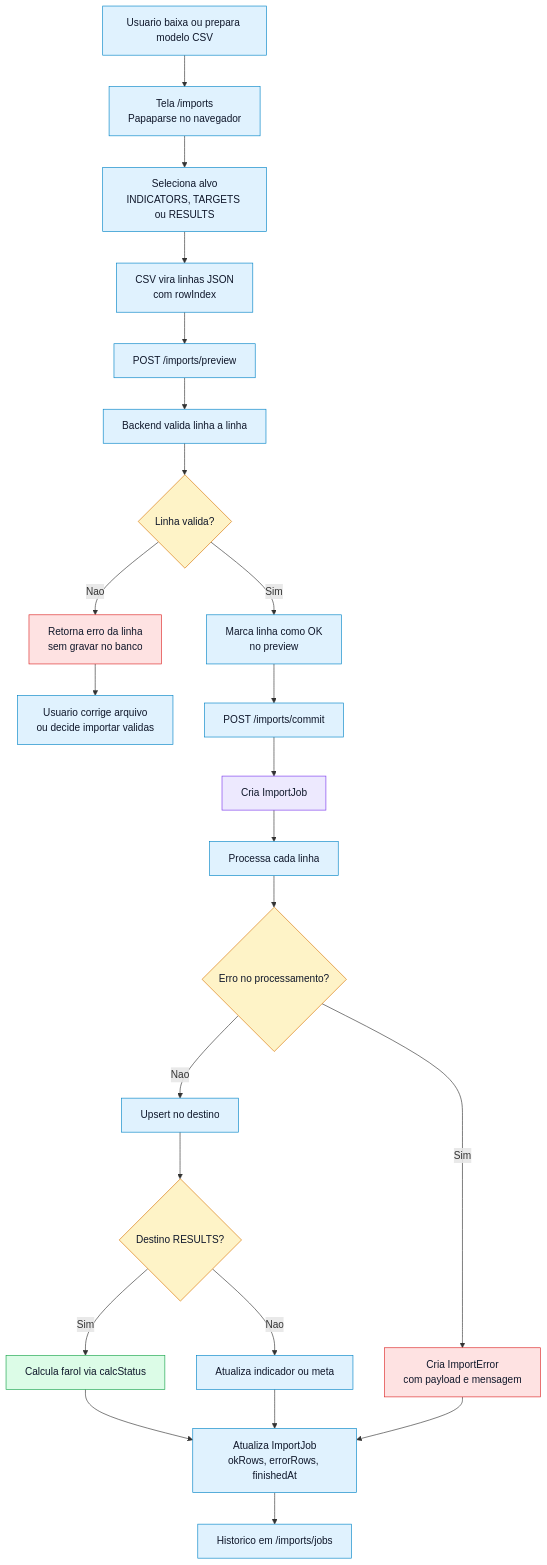
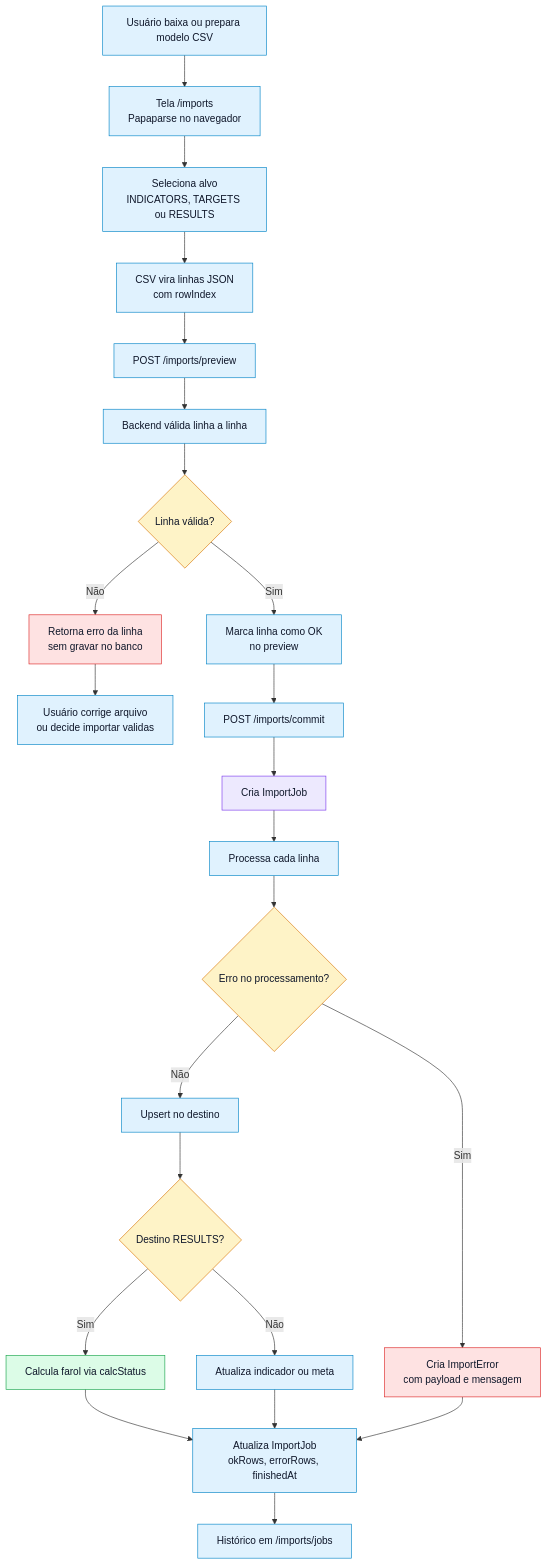
One commit to aldemirfidelis/gestao-360-indicadores changed the ninth of 12 diagrams in docs/fluxograma-completo.md. Above: the diagram before and after it, drawn with Mermaid. The commit also changed other lines of this file and 73 other files, not shown here.

````diff
--- a/docs/fluxograma-completo.md
+++ b/docs/fluxograma-completo.md
@@ -391,36 +391,36 @@
 ```mermaid
 flowchart TD
-  A["Usuario baixa ou prepara modelo CSV"] --> B["Tela /imports<br/>Papaparse no navegador"]
+  A["Usuário baixa ou prepara modelo CSV"] --> B["Tela /imports<br/>Papaparse no navegador"]
   B --> C["Seleciona alvo<br/>INDICATORS, TARGETS ou RESULTS"]
   C --> D["CSV vira linhas JSON<br/>com rowIndex"]
   D --> E["POST /imports/preview"]
-  E --> F["Backend valida linha a linha"]
-  F --> G{"Linha valida?"}
-  G -- "Nao" --> H["Retorna erro da linha<br/>sem gravar no banco"]
+  E --> F["Backend válida linha a linha"]
+  F --> G{"Linha válida?"}
+  G -- "Não" --> H["Retorna erro da linha<br/>sem gravar no banco"]
   G -- "Sim" --> I["Marca linha como OK<br/>no preview"]
-  H --> J["Usuario corrige arquivo<br/>ou decide importar validas"]
+  H --> J["Usuário corrige arquivo<br/>ou decide importar validas"]
   I --> K["POST /imports/commit"]
   K --> L["Cria ImportJob"]
   L --> M["Processa cada linha"]
   M --> N{"Erro no processamento?"}
   N -- "Sim" --> O["Cria ImportError<br/>com payload e mensagem"]
-  N -- "Nao" --> P["Upsert no destino"]
+  N -- "Não" --> P["Upsert no destino"]
   P --> Q{"Destino RESULTS?"}
   Q -- "Sim" --> R["Calcula farol via calcStatus"]
-  Q -- "Nao" --> S["Atualiza indicador ou meta"]
+  Q -- "Não" --> S["Atualiza indicador ou meta"]
   R --> T["Atualiza ImportJob<br/>okRows, errorRows, finishedAt"]
   S --> T
   O --> T
-  T --> U["Historico em /imports/jobs"]
+  T --> U["Histórico em /imports/jobs"]
 
   classDef step fill:#e0f2fe,stroke:#0284c7,color:#0f172a
   classDef rule fill:#dcfce7,stroke:#16a34a,color:#0f172a
   classDef decision fill:#fef3c7,stroke:#d97706,color:#0f172a
   classDef risk fill:#fee2e2,stroke:#dc2626,color:#0f172a
   classDef data fill:#ede9fe,stroke:#7c3aed,color:#0f172a
   class A,B,C,D,E,F,I,J,K,M,P,S,T,U step
   class R rule
   class G,N,Q decision
   class H,O risk
   class L data
 ```
````
